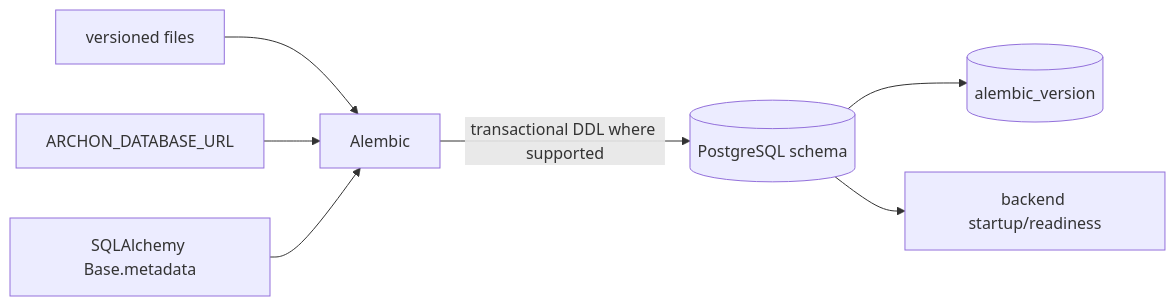
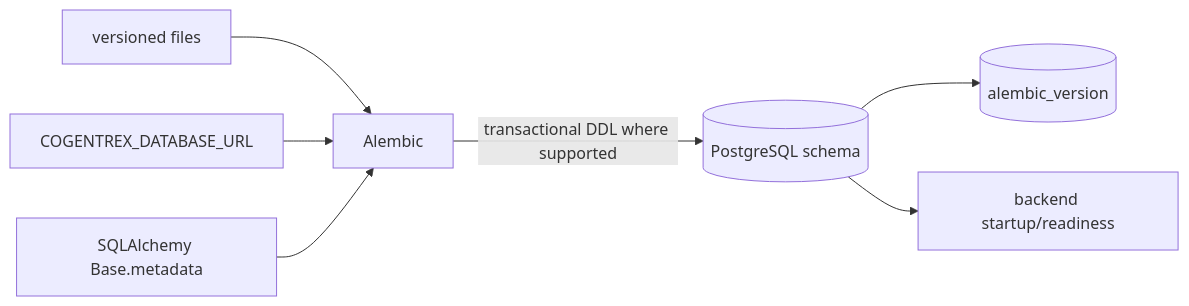
One commit to levalencia/archon changed the first of 3 diagrams in docs/course/concepts/migrations.md. Above: the diagram before and after it, drawn with Mermaid. The commit also changed other lines of this file and 414 other files, not shown here.

First line of the commit message:
feat: rebrand Archon as Cogentrex

````diff
--- a/docs/course/concepts/migrations.md
+++ b/docs/course/concepts/migrations.md
@@ -40,9 +40,9 @@
 ```mermaid
 flowchart LR
     V[versioned files] --> A[Alembic]
-    CFG[ARCHON_DATABASE_URL] --> A
+    CFG[COGENTREX_DATABASE_URL] --> A
     MD[SQLAlchemy Base.metadata] --> A
     A -->|transactional DDL where supported| P[(PostgreSQL schema)]
     P --> REV[(alembic_version)]
     P --> B[backend startup/readiness]
 ```
````
